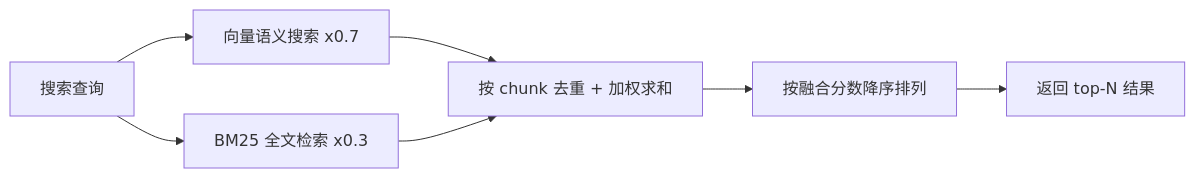
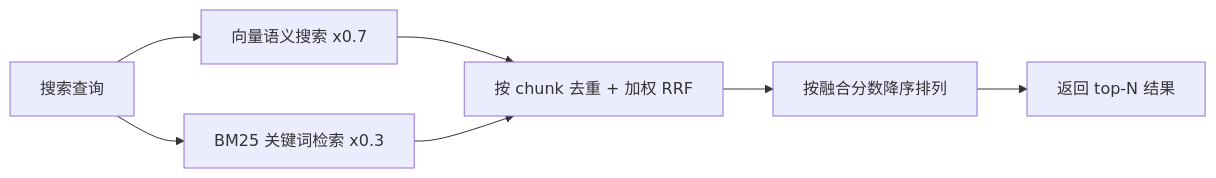
The second of 2 diagrams in website/public/docs/memory.zh.md (agentscope-ai/QwenPaw), drawn with Mermaid before and after one commit. The commit also changed other lines of this file and 5 other files, not shown here.

````diff
--- a/website/public/docs/memory.zh.md
+++ b/website/public/docs/memory.zh.md
@@ -155,9 +165,9 @@
 ```mermaid
 graph LR
     Query[搜索查询] --> Vector[向量语义搜索 x0.7]
-    Query --> BM25[BM25 全文检索 x0.3]
-    Vector --> Merge[按 chunk 去重 + 加权求和]
+    Query --> BM25[BM25 关键词检索 x0.3]
+    Vector --> Merge[按 chunk 去重 + 加权 RRF]
     BM25 --> Merge
     Merge --> Sort[按融合分数降序排列]
     Sort --> Results[返回 top-N 结果]
 ```
````
